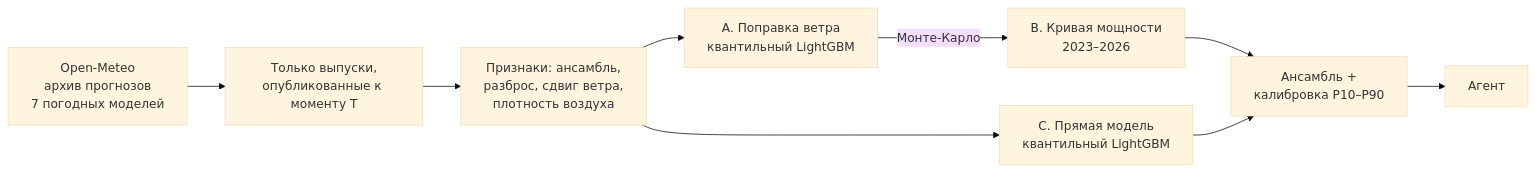
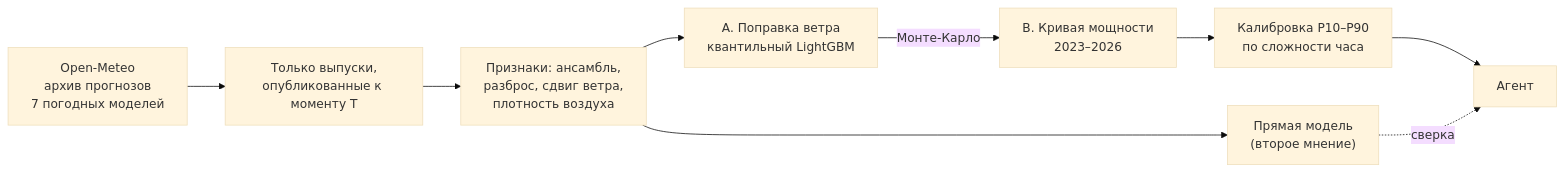
One commit to BAITC-Hacks/hack-9013145c-opentowork changed the first of 2 diagrams in README.md. Above: the diagram before and after it, drawn with Mermaid (base theme). The commit also changed other lines of this file and 185 other files, not shown here.

First line of the commit message:
fix(windcast): итог — каскад + калибровка по сложности часа, проверка значимости

````diff
--- a/README.md
+++ b/README.md
@@ -330,11 +330,11 @@
 ```mermaid
 graph LR
     OM["Open-Meteo<br/>архив прогнозов<br/>7 погодных моделей"] --> PIT["Только выпуски,<br/>опубликованные к моменту T"]
     PIT --> F["Признаки: ансамбль,<br/>разброс, сдвиг ветра,<br/>плотность воздуха"]
     F --> A["A. Поправка ветра<br/>квантильный LightGBM"]
     A -->|Монте-Карло| B["B. Кривая мощности<br/>2023–2026"]
-    F --> C["C. Прямая модель<br/>квантильный LightGBM"]
-    B --> E["Ансамбль +<br/>калибровка P10–P90"]
-    C --> E
+    B --> E["Калибровка P10–P90<br/>по сложности часа"]
+    F --> C["Прямая модель<br/>(второе мнение)"]
     E --> AG[Агент]
+    C -.->|сверка| AG
 ```
````
